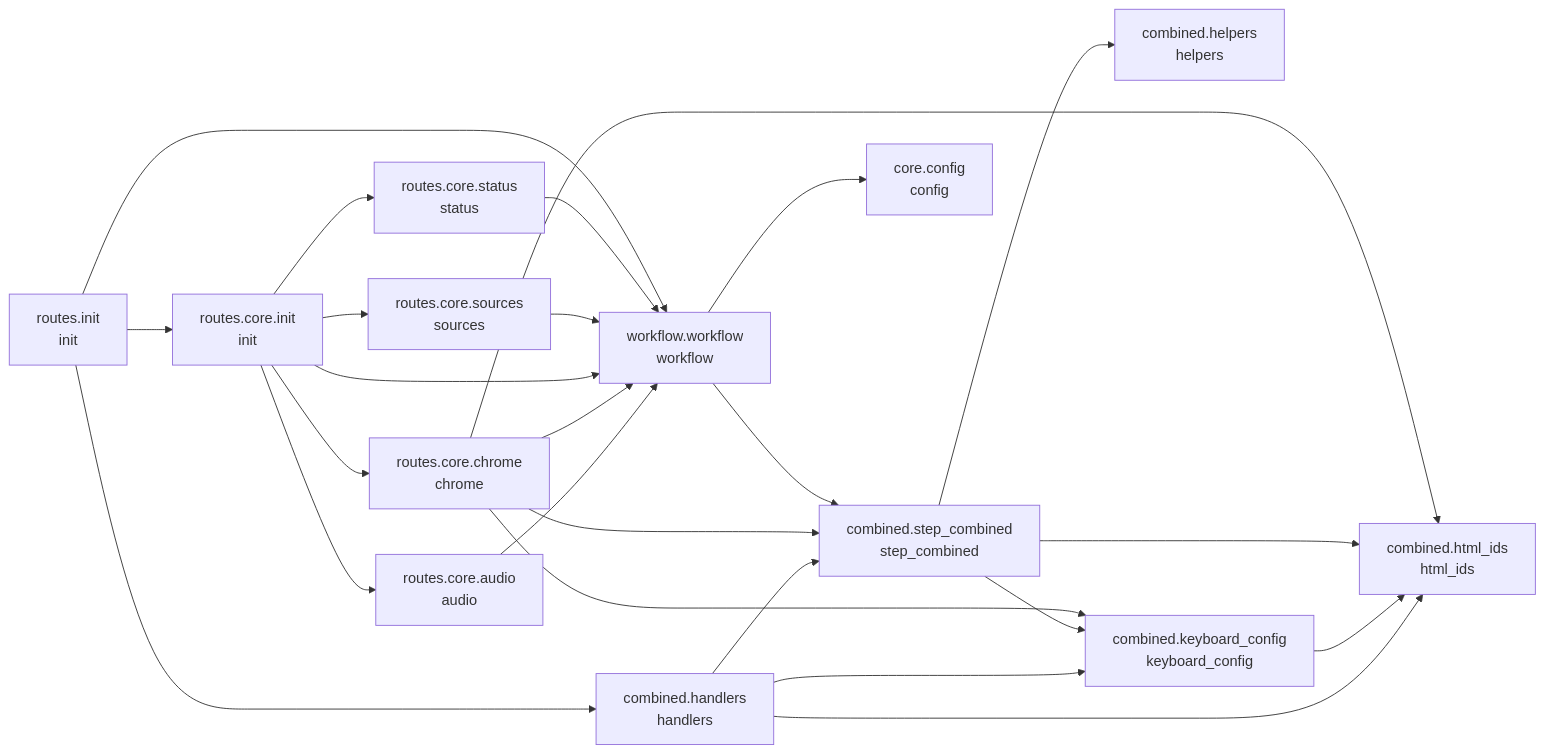
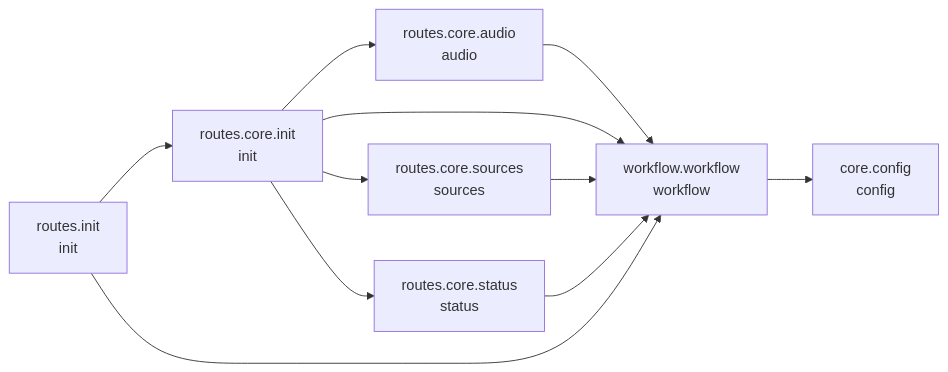
One commit to cj-mills/cjm-fasthtml-workflow-transcript-decomp changed the diagram in README.md. Above: the diagram before and after it, drawn with Mermaid. The commit also changed other lines of this file and 24 other files, not shown here.

Commit message:
Replace local combined/ sub-package with cjm-transcript-segment-align library, add forced alignment plugin loading and routes with FA controls container in step renderer.

````diff
--- a/README.md
+++ b/README.md
@@ -38,41 +31,21 @@
 ``` mermaid
 graph LR
-    combined_handlers[combined.handlers<br/>handlers]
-    combined_helpers[combined.helpers<br/>helpers]
-    combined_html_ids[combined.html_ids<br/>html_ids]
-    combined_keyboard_config[combined.keyboard_config<br/>keyboard_config]
-    combined_step_combined[combined.step_combined<br/>step_combined]
     core_config[core.config<br/>config]
     routes_core_audio[routes.core.audio<br/>audio]
-    routes_core_chrome[routes.core.chrome<br/>chrome]
     routes_core_init[routes.core.init<br/>init]
     routes_core_sources[routes.core.sources<br/>sources]
     routes_core_status[routes.core.status<br/>status]
     routes_init[routes.init<br/>init]
     workflow_workflow[workflow.workflow<br/>workflow]
 
-    combined_handlers --> combined_step_combined
-    combined_handlers --> combined_html_ids
-    combined_handlers --> combined_keyboard_config
-    combined_keyboard_config --> combined_html_ids
-    combined_step_combined --> combined_helpers
-    combined_step_combined --> combined_html_ids
-    combined_step_combined --> combined_keyboard_config
     routes_core_audio --> workflow_workflow
-    routes_core_chrome --> combined_step_combined
-    routes_core_chrome --> combined_html_ids
-    routes_core_chrome --> combined_keyboard_config
-    routes_core_chrome --> workflow_workflow
+    routes_core_init --> routes_core_status
+    routes_core_init --> routes_core_audio
+    routes_core_init --> routes_core_sources
     routes_core_init --> workflow_workflow
-    routes_core_init --> routes_core_chrome
-    routes_core_init --> routes_core_sources
-    routes_core_init --> routes_core_audio
-    routes_core_init --> routes_core_status
     routes_core_sources --> workflow_workflow
     routes_core_status --> workflow_workflow
-    routes_init --> combined_handlers
     routes_init --> workflow_workflow
     routes_init --> routes_core_init
     workflow_workflow --> core_config
-    workflow_workflow --> combined_step_combined
 ```
````
